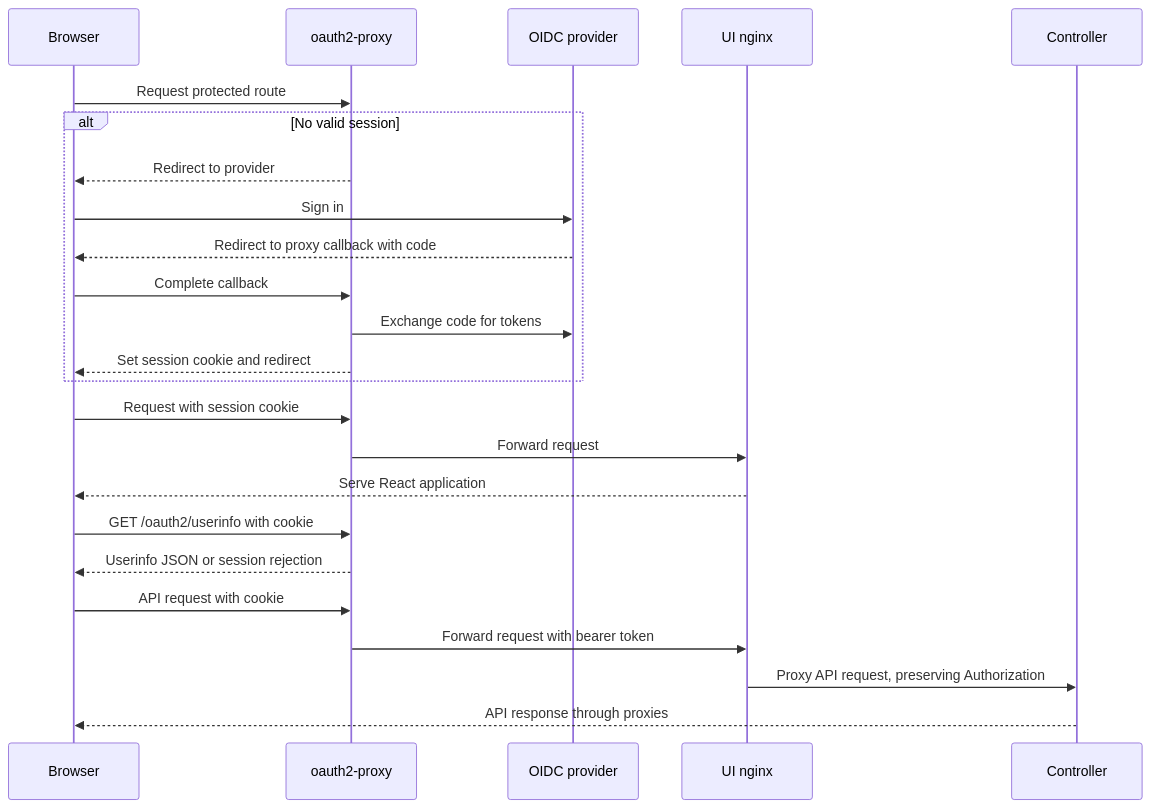
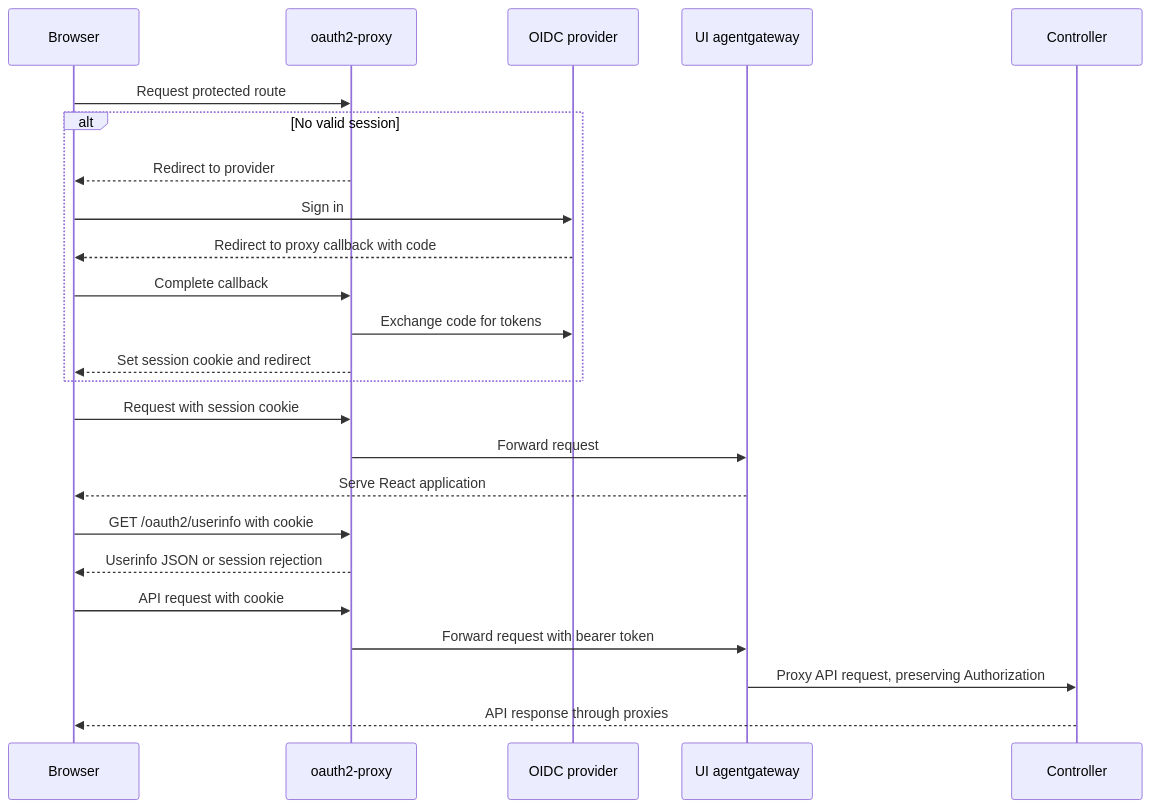
The diagram in docs/architecture/oidc-proxy-authentication.md (kagent-dev/kagent), drawn with Mermaid before and after one commit. The commit also changed other lines of this file and 29 other files, not shown here.

````diff
--- a/docs/architecture/oidc-proxy-authentication.md
+++ b/docs/architecture/oidc-proxy-authentication.md
@@ -24,27 +24,27 @@
 ```mermaid
 sequenceDiagram
     participant Browser
     participant Proxy as oauth2-proxy
     participant Provider as OIDC provider
-    participant UI as UI nginx
+    participant UI as UI agentgateway
     participant API as Controller
 
     Browser->>Proxy: Request protected route
     alt No valid session
         Proxy-->>Browser: Redirect to provider
         Browser->>Provider: Sign in
         Provider-->>Browser: Redirect to proxy callback with code
         Browser->>Proxy: Complete callback
         Proxy->>Provider: Exchange code for tokens
         Proxy-->>Browser: Set session cookie and redirect
     end
     Browser->>Proxy: Request with session cookie
     Proxy->>UI: Forward request
     UI-->>Browser: Serve React application
     Browser->>Proxy: GET /oauth2/userinfo with cookie
     Proxy-->>Browser: Userinfo JSON or session rejection
     Browser->>Proxy: API request with cookie
     Proxy->>UI: Forward request with bearer token
     UI->>API: Proxy API request, preserving Authorization
     API-->>Browser: API response through proxies
 ```
````
